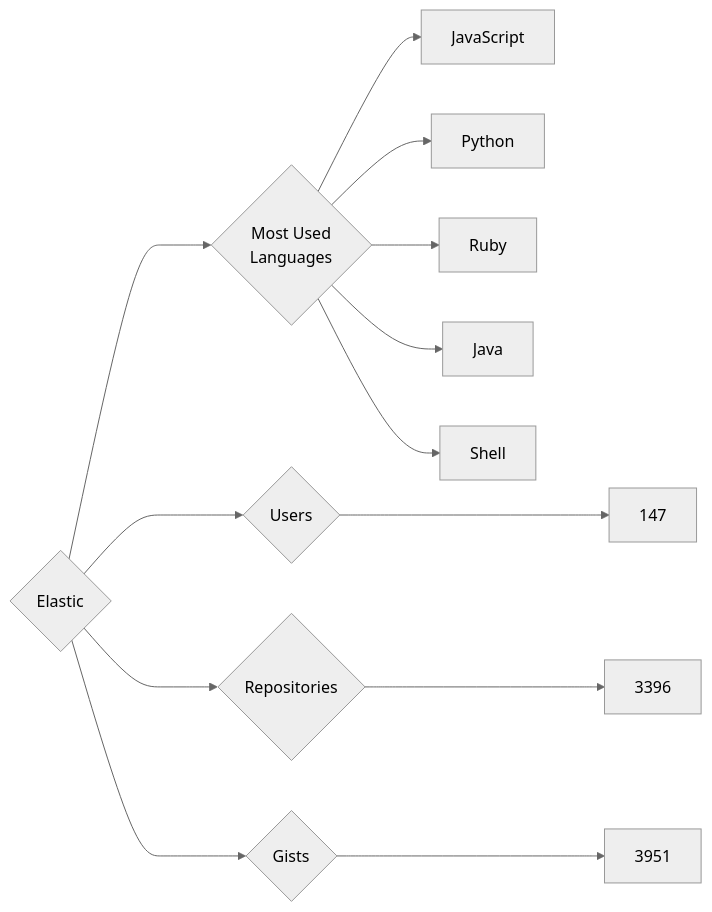
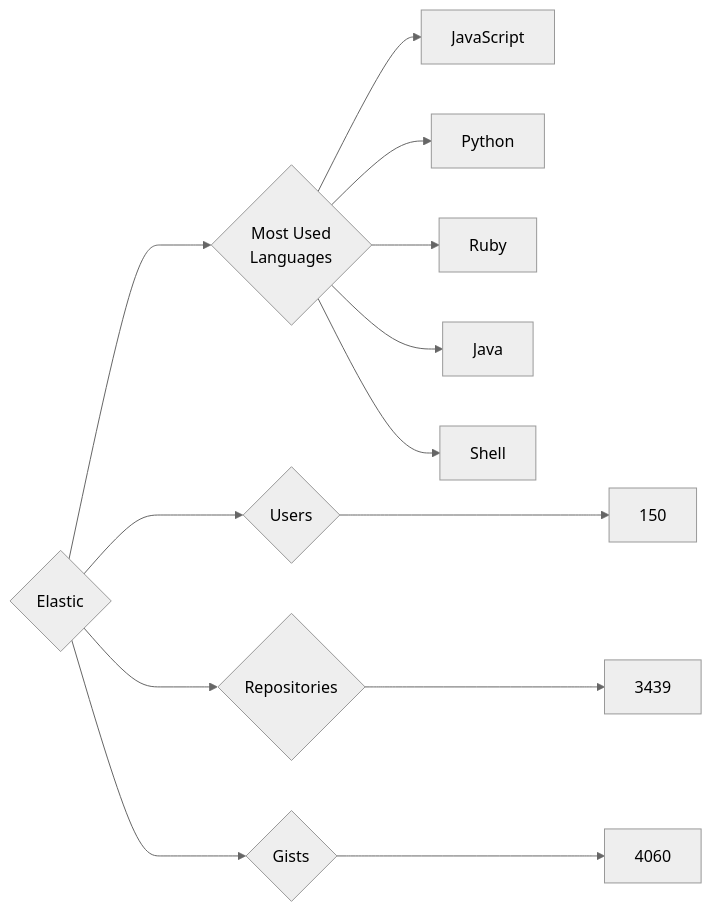
The diagram in targets/Elastic/README.md (trickest/insiders), drawn with Mermaid (neutral theme) before and after one commit. The commit also changed 745 other files, not shown here.

````diff
--- a/targets/Elastic/README.md
+++ b/targets/Elastic/README.md
@@ -3,13 +3,13 @@
 ```mermaid
 graph LR
 COMPANY_NAME{Elastic}
-COMPANY_NAME ---> U{Users} ---> UN[147]
-COMPANY_NAME ---> R{Repositories} ---> RN[3396]
-COMPANY_NAME ---> G{Gists} ---> GN[3951]
+COMPANY_NAME ---> U{Users} ---> UN[150]
+COMPANY_NAME ---> R{Repositories} ---> RN[3439]
+COMPANY_NAME ---> G{Gists} ---> GN[4060]
 COMPANY_NAME ---> ML{Most Used<br>Languages}
 ML --> JavaScript[JavaScript]
 ML --> Python[Python]
 ML --> Ruby[Ruby]
 ML --> Java[Java]
 ML --> Shell[Shell]
 ```
````
